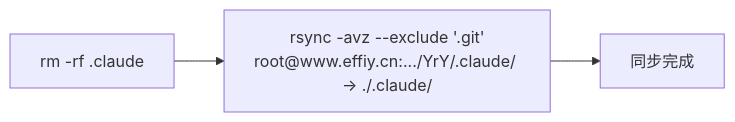
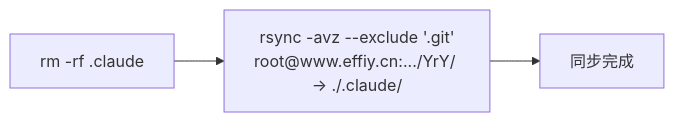
The tenth of 11 diagrams in skills/rui/SKILL.md (effiy/YrY), drawn with Mermaid before and after one commit. The commit also changed other lines of this file, not shown here.

````diff
--- a/skills/rui/SKILL.md
+++ b/skills/rui/SKILL.md
@@ -464,5 +464,5 @@
 ```mermaid
 flowchart LR
-    RM["rm -rf .claude"] --> RSYNC["rsync -avz --exclude '.git'<br/>root@www.effiy.cn:.../YrY/.claude/ → ./.claude/"]
+    RM["rm -rf .claude"] --> RSYNC["rsync -avz --exclude '.git'<br/>root@www.effiy.cn:.../YrY/ → ./.claude/"]
     RSYNC --> DONE["同步完成"]
 ```
````
